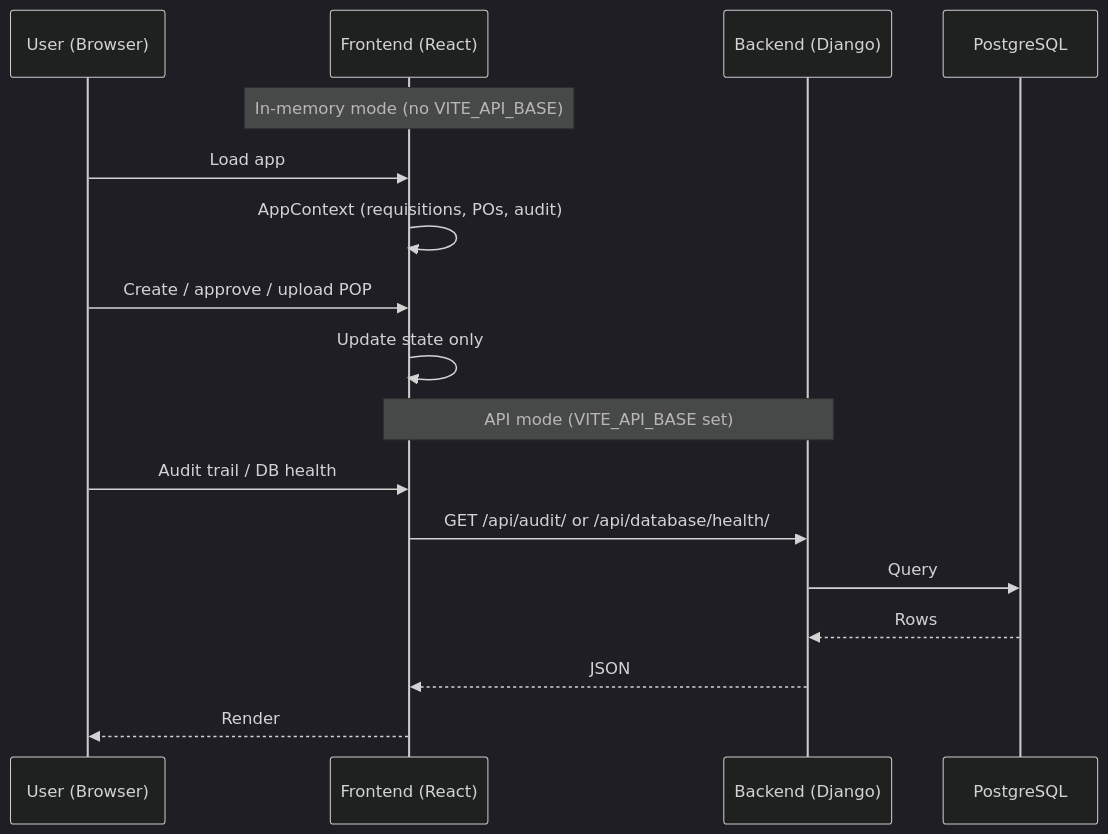
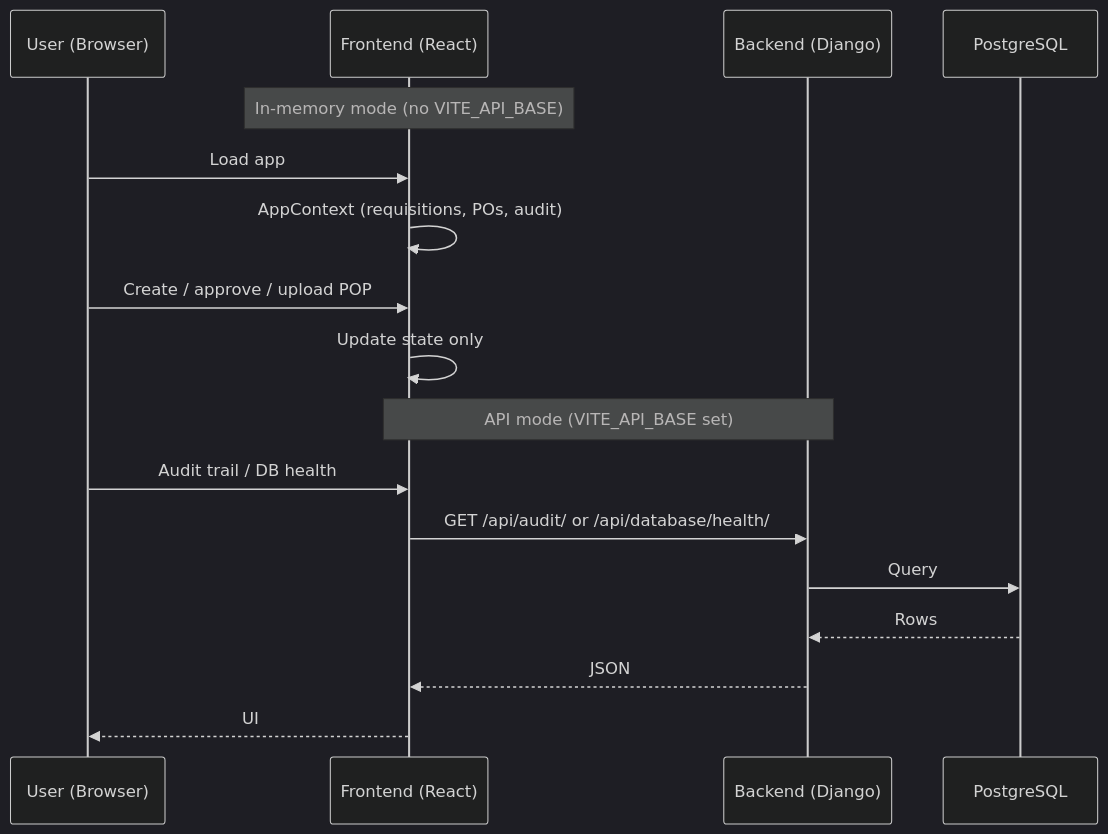
Before and after one commit to PG-rUNTIME/MARS-IRS: the third of 5 diagrams in docs/ARCHITECTURE.md, drawn with Mermaid (dark theme). The commit also changed other lines of this file and 14 other files, not shown here.

````diff
--- a/docs/ARCHITECTURE.md
+++ b/docs/ARCHITECTURE.md
@@ -93,21 +93,21 @@
 ```mermaid
 sequenceDiagram
   participant U as User (Browser)
   participant F as Frontend (React)
   participant B as Backend (Django)
   participant D as PostgreSQL
 
   Note over F: In-memory mode (no VITE_API_BASE)
   U->>F: Load app
   F->>F: AppContext (requisitions, POs, audit)
   U->>F: Create / approve / upload POP
   F->>F: Update state only
 
   Note over F,B: API mode (VITE_API_BASE set)
   U->>F: Audit trail / DB health
   F->>B: GET /api/audit/ or /api/database/health/
   B->>D: Query
   D-->>B: Rows
   B-->>F: JSON
-  F-->>U: Render
+  F-->>U: UI
 ```
````
